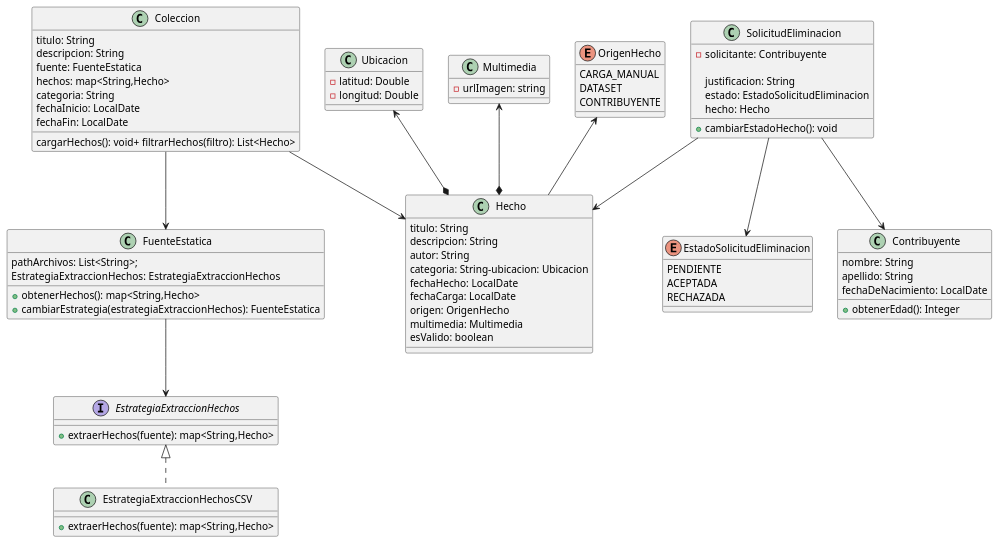
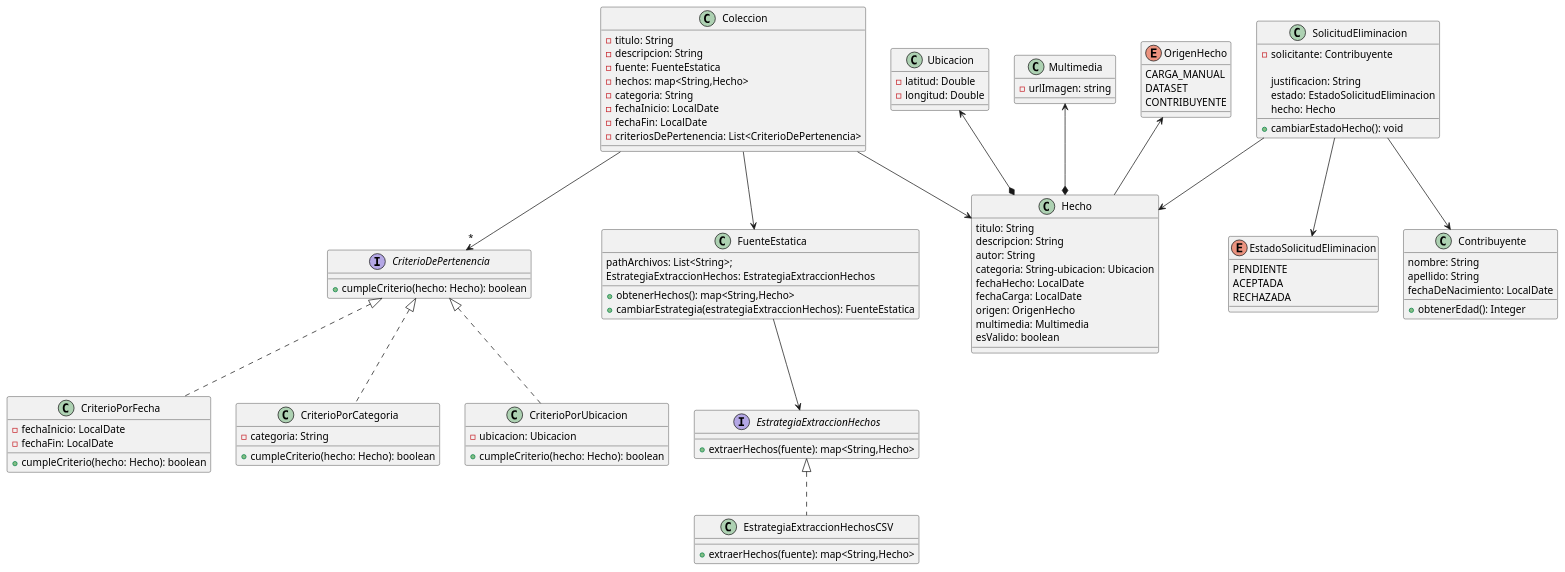
Before and after one commit to OslothLAS/ProyectoDeploy: the diagram in src/main/DiagramaDeClases.puml, drawn with PlantUML. The commit also changed 7 other files, not shown here.

```diff
--- a/src/main/DiagramaDeClases.puml
+++ b/src/main/DiagramaDeClases.puml
@@ -1,110 +1,131 @@
 @startuml
 class Coleccion {
 
-titulo: String
-descripcion: String
-fuente: FuenteEstatica
-hechos: map<String,Hecho>
-categoria: String
-fechaInicio: LocalDate
-fechaFin: LocalDate
-cargarHechos(): void+ filtrarHechos(filtro): List<Hecho>
+-titulo: String
+-descripcion: String
+-fuente: FuenteEstatica
+-hechos: map<String,Hecho>
+-categoria: String
+-fechaInicio: LocalDate
+-fechaFin: LocalDate
+-criteriosDePertenencia: List<CriterioDePertenencia>
+
 }
 
+interface CriterioDePertenencia {
++ cumpleCriterio(hecho: Hecho): boolean
+}
+
+class CriterioPorFecha implements CriterioDePertenencia {
+    -fechaInicio: LocalDate
+    -fechaFin: LocalDate
+    +cumpleCriterio(hecho: Hecho): boolean
+}
+
+class CriterioPorCategoria implements CriterioDePertenencia {
+    -categoria: String
+    +cumpleCriterio(hecho: Hecho): boolean
+}
+
+class CriterioPorUbicacion implements CriterioDePertenencia {
+    -ubicacion: Ubicacion
+    +cumpleCriterio(hecho: Hecho): boolean
+}
 
 
 
 
  class Ubicacion {
    -latitud: Double
    -longitud: Double
  }
 
   class SolicitudEliminacion{
     -solicitante: Contribuyente
 
 justificacion: String
 estado: EstadoSolicitudEliminacion
 hecho: Hecho
 + cambiarEstadoHecho(): void
 }
 
 
 
    enum EstadoSolicitudEliminacion {
        PENDIENTE
        ACEPTADA
        RECHAZADA
      }
 
  class Hecho {
 
 titulo: String
 descripcion: String
 autor: String
 categoria: String-ubicacion: Ubicacion
 fechaHecho: LocalDate
 fechaCarga: LocalDate
 origen: OrigenHecho
 multimedia: Multimedia
 esValido: boolean
 
 
     }
 
   class Multimedia{
     -urlImagen: string
   }
 
 
 
   enum OrigenHecho {
     CARGA_MANUAL
     DATASET
     CONTRIBUYENTE
   }
 
 
   class FuenteEstatica{
 
 pathArchivos: List<String>;
     EstrategiaExtraccionHechos: EstrategiaExtraccionHechos
     +obtenerHechos(): map<String,Hecho>
     +cambiarEstrategia(estrategiaExtraccionHechos): FuenteEstatica
 }
 
   interface EstrategiaExtraccionHechos{
     + extraerHechos(fuente): map<String,Hecho>
   }
 
     class EstrategiaExtraccionHechosCSV implements EstrategiaExtraccionHechos{
         + extraerHechos(fuente): map<String,Hecho>
     }
 
 
 
 class Contribuyente{
 
 nombre: String
 apellido: String
 fechaDeNacimiento: LocalDate
 
 +obtenerEdad(): Integer
 }
 
 
 
 
 
 
   Coleccion --> FuenteEstatica
   Coleccion --> Hecho
   OrigenHecho <-- Hecho
   Ubicacion <--* Hecho
   SolicitudEliminacion --> Hecho
   SolicitudEliminacion --> Contribuyente
    FuenteEstatica --> EstrategiaExtraccionHechos
   SolicitudEliminacion --> EstadoSolicitudEliminacion
+  Coleccion -->"*" CriterioDePertenencia
 
   Multimedia <--* Hecho
 @enduml
```
